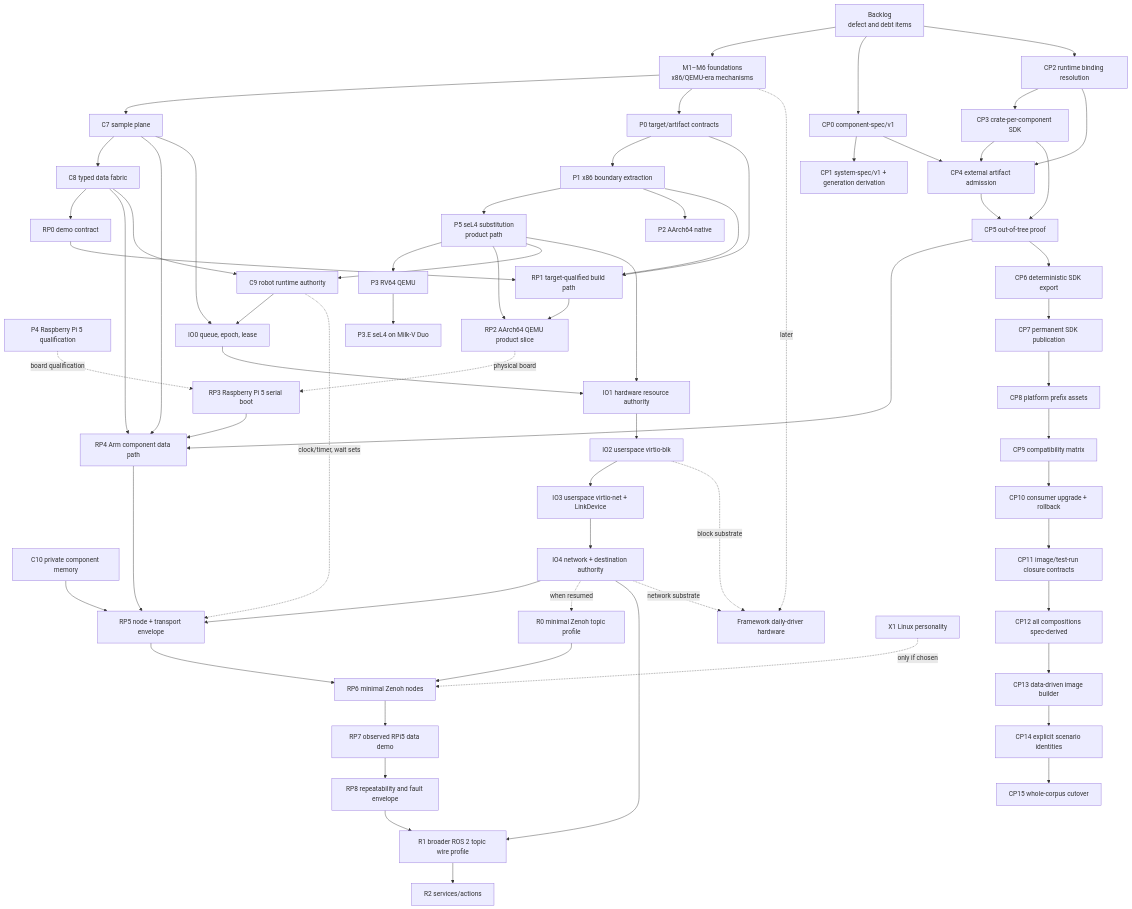
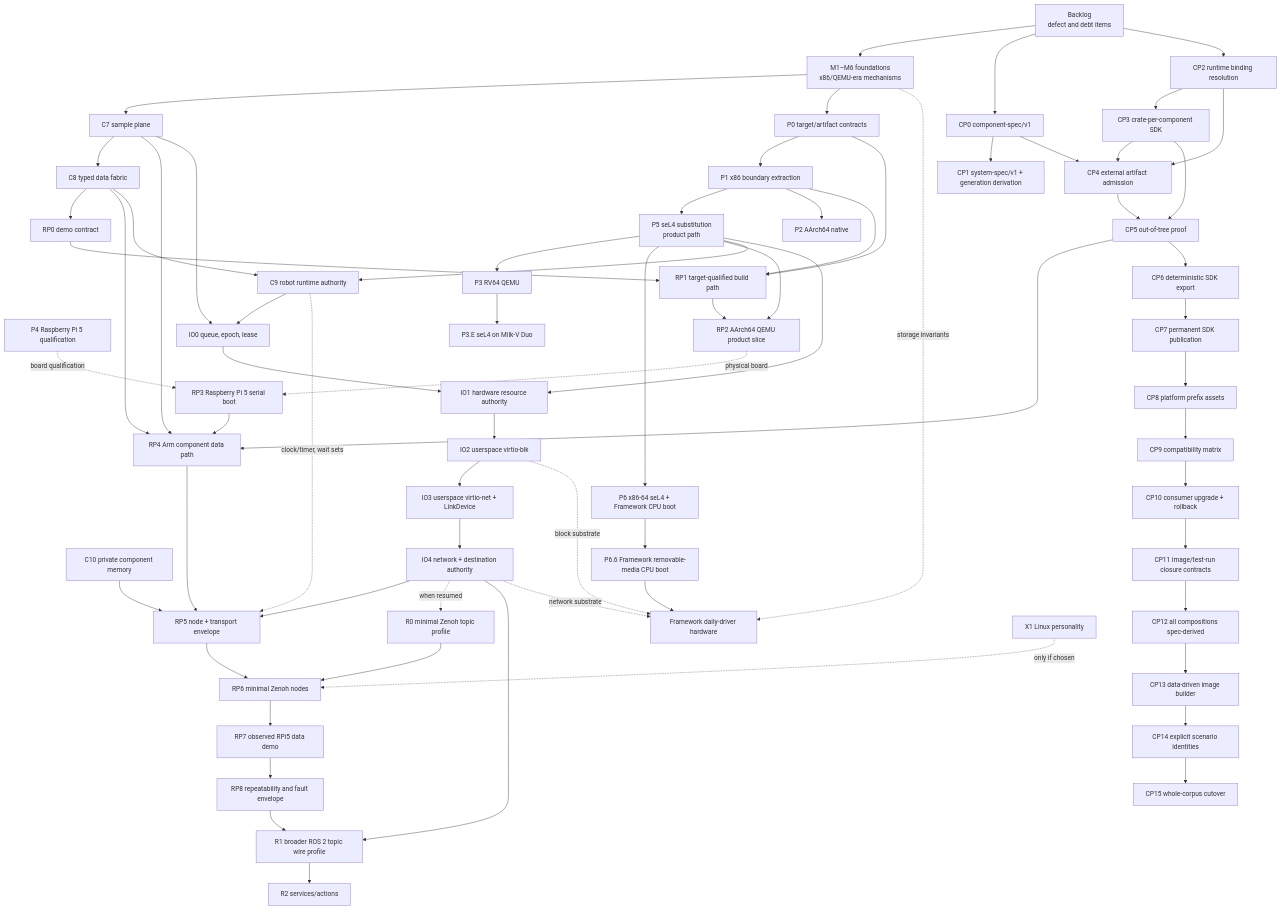
Before and after one commit to iceice666/slime_os: the diagram in roadmap/README.md, drawn with Mermaid. The commit also changed other lines of this file and 109 other files, not shown here.

````diff
--- a/roadmap/README.md
+++ b/roadmap/README.md
@@ -77,6 +78,7 @@
     P1["P1 x86 boundary extraction"]
     P2["P2 AArch64 native"]
     P5["P5 seL4 substitution\nproduct path"]
+    P6["P6 x86-64 seL4 + Framework CPU boot"]
     P4["P4 Raspberry Pi 5 qualification"]
     C9["C9 robot runtime authority"]
     C10["C10 private component memory"]
@@ -116,6 +118,7 @@
     Framework["Framework daily-driver hardware"]
     RV64["P3 RV64 QEMU"]
     Duo["P3.E seL4 on Milk-V Duo"]
+    FrameworkCPU["P6.6 Framework removable-media CPU boot"]
     X1["X1 Linux personality"]
 
     Backlog --> Foundations
@@ -123,6 +126,7 @@
     Foundations --> P0 --> P1 --> P5
     P1 --> P2
     P5 --> RV64 --> Duo
+    P5 --> P6 --> FrameworkCPU --> Framework
     C8 --> RP0
     P0 --> RP1
     P1 --> RP1
@@ -155,7 +159,7 @@
     X1 -.->|only if chosen| RP6
     RP8 --> R1 --> R2
     IO4 --> R1
-    Foundations -.->|later| Framework
+    Foundations -.->|storage invariants| Framework
     IO2 -.->|block substrate| Framework
     IO4 -.->|network substrate| Framework
 ```
````
